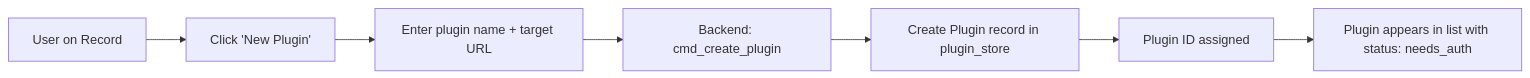
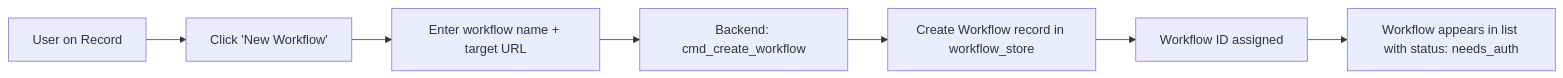
Before and after one commit to Cannonbold2412/CONXA: the third of 19 diagrams in docs/App-Flow.md, drawn with Mermaid. The commit also changed other lines of this file and 8 other files, not shown here.

First line of the commit message:
docs: update TRD/PRD/Backend-Schema/UI-UX-Brief for Workflow/SkillPack and pricing ladder

````diff
--- a/docs/App-Flow.md
+++ b/docs/App-Flow.md
@@ -101,9 +100,9 @@
 ```mermaid
 flowchart LR
-    A[User on Record] --> B[Click 'New Plugin']
-    B --> C[Enter plugin name + target URL]
-    C --> D[Backend: cmd_create_plugin]
-    D --> E[Create Plugin record in plugin_store]
-    E --> F[Plugin ID assigned]
-    F --> G[Plugin appears in list with status: needs_auth]
+    A[User on Record] --> B[Click 'New Workflow']
+    B --> C[Enter workflow name + target URL]
+    C --> D[Backend: cmd_create_workflow]
+    D --> E[Create Workflow record in workflow_store]
+    E --> F[Workflow ID assigned]
+    F --> G[Workflow appears in list with status: needs_auth]
 ```
````
